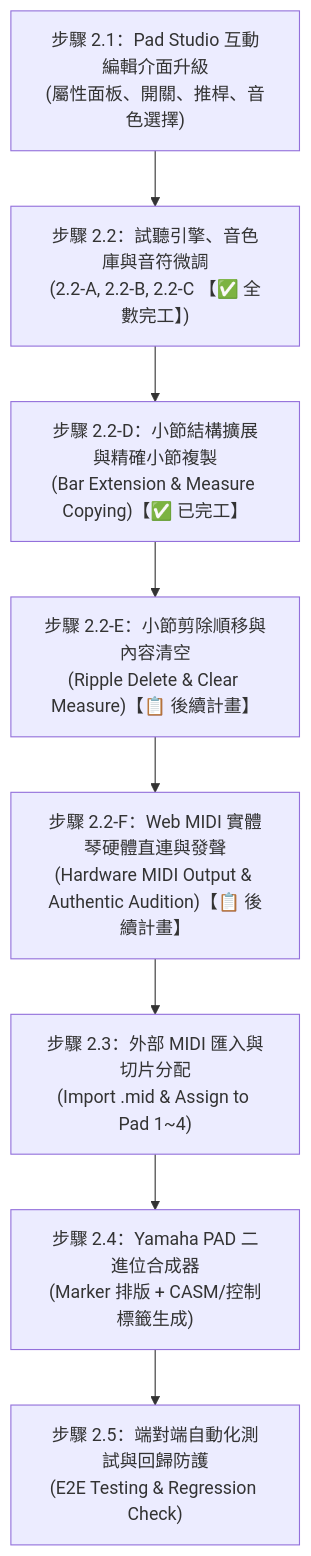
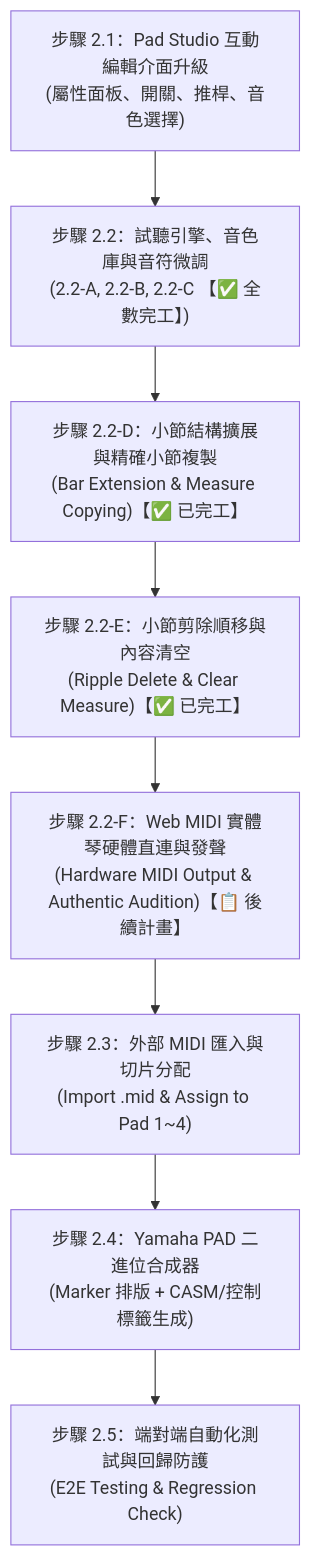
Before and after one commit to CMChen59/Yamaha-Midi-Edit: the diagram in PHASE_2_PLAN.md, drawn with Mermaid. The commit also changed other lines of this file and 5 other files, not shown here.

Commit message:
feat(piano-roll): implement Phase 2.2-E measure ripple delete and clear notes with binary sync and shortcuts

````diff
--- a/PHASE_2_PLAN.md
+++ b/PHASE_2_PLAN.md
@@ -17,10 +17,10 @@
 ```mermaid
 flowchart TD
     Step21["步驟 2.1：Pad Studio 互動編輯介面升級<br/>(屬性面板、開關、推桿、音色選擇)"] --> Step22["步驟 2.2：試聽引擎、音色庫與音符微調<br/>(2.2-A, 2.2-B, 2.2-C 【✅ 全數完工】)"]
     Step22 --> Step22_D["步驟 2.2-D：小節結構擴展與精確小節複製<br/>(Bar Extension & Measure Copying)【✅ 已完工】"]
-    Step22_D --> Step22_E["步驟 2.2-E：小節剪除順移與內容清空<br/>(Ripple Delete & Clear Measure)【📋 後續計畫】"]
+    Step22_D --> Step22_E["步驟 2.2-E：小節剪除順移與內容清空<br/>(Ripple Delete & Clear Measure)【✅ 已完工】"]
     Step22_E --> Step22_F["步驟 2.2-F：Web MIDI 實體琴硬體直連與發聲<br/>(Hardware MIDI Output & Authentic Audition)【📋 後續計畫】"]
     Step22_F --> Step23["步驟 2.3：外部 MIDI 匯入與切片分配<br/>(Import .mid & Assign to Pad 1~4)"]
     Step23 --> Step24["步驟 2.4：Yamaha PAD 二進位合成器<br/>(Marker 排版 + CASM/控制標籤生成)"]
     Step24 --> Step25["步驟 2.5：端對端自動化測試與回歸防護<br/>(E2E Testing & Regression Check)"]
 ```
````
